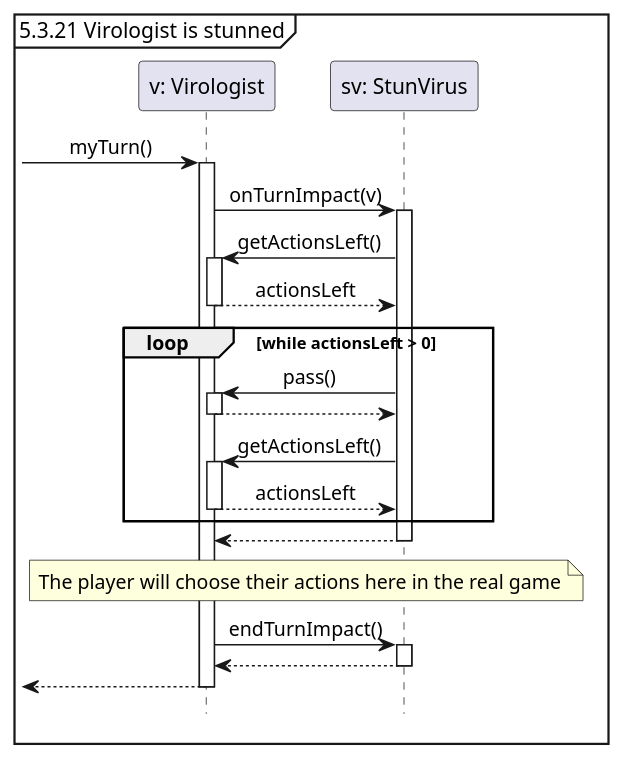
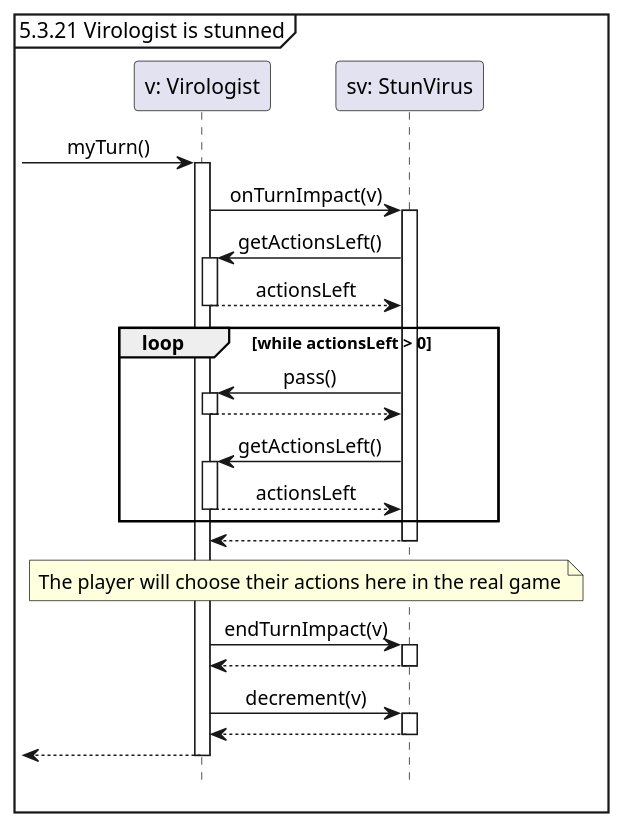
One commit to Tschonti/503-service-unavailable changed the diagram in docs/testCases/sequences/stunVirusOnTurnImpact.puml. Above: the diagram before and after it, drawn with PlantUML. The commit also changed 5 other files, not shown here.

```diff
--- a/docs/testCases/sequences/stunVirusOnTurnImpact.puml
+++ b/docs/testCases/sequences/stunVirusOnTurnImpact.puml
@@ -1,28 +1,30 @@
 @startuml
 'https://plantuml.com/sequence-diagram
 hide footbox
 skinparam sequenceMessageAlign center
 
 mainframe 5.3.21 Virologist is stunned
 
 participant "v: Virologist" as v
 participant "sv: StunVirus" as sv
 
 -> v ++: myTurn()
     v -> sv ++: onTurnImpact(v)
         sv -> v ++: getActionsLeft()
         return actionsLeft
         loop while actionsLeft > 0
             sv -> v ++: pass()
             return
             sv -> v ++: getActionsLeft()
             return actionsLeft
         end
     return
 
     note across : The player will choose their actions here in the real game
 
-    v -> sv ++ : endTurnImpact()
+    v -> sv ++ : endTurnImpact(v)
+    return
+    v -> sv ++ : decrement(v)
     return
 return
 @enduml
```
